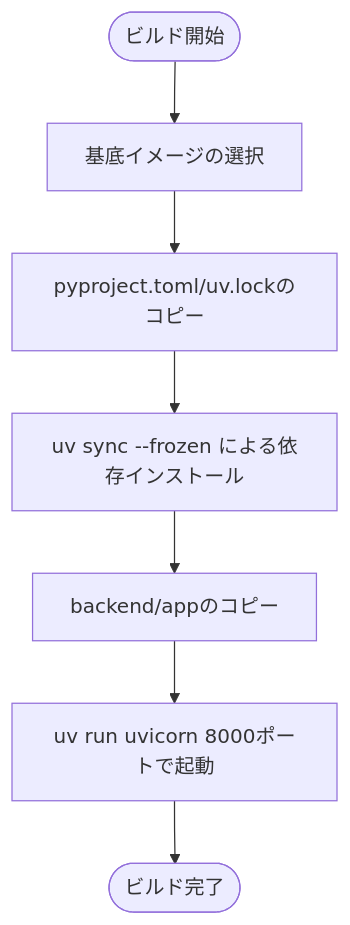
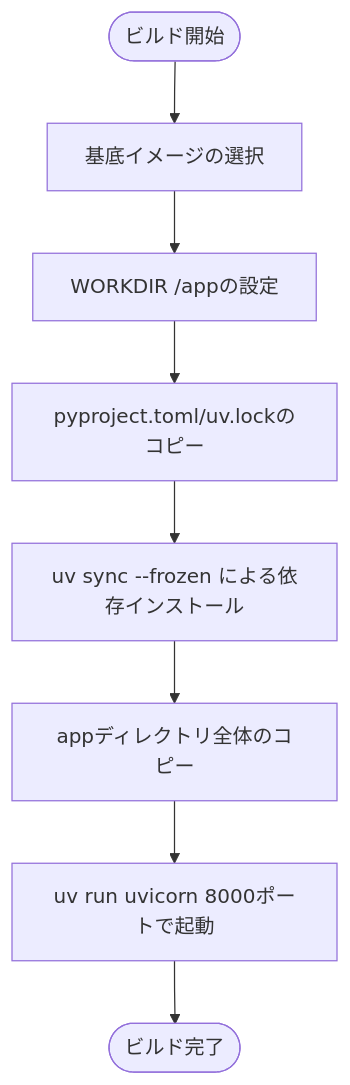
One commit to ss8806/Todos changed the third of 7 diagrams in .qoder/repowiki/ja/content/デプロイメントガイド/Dockerコンテナ化.md. Above: the diagram before and after it, drawn with Mermaid. The commit also changed other lines of this file and 9 other files, not shown here.

````diff
--- a/.qoder/repowiki/ja/content/デプロイメントガイド/Dockerコンテナ化.md
+++ b/.qoder/repowiki/ja/content/デプロイメントガイド/Dockerコンテナ化.md
@@ -138,9 +149,10 @@
 ```mermaid
 flowchart TD
 Start(["ビルド開始"]) --> Base["基底イメージの選択"]
-Base --> CopyLock["pyproject.toml/uv.lockのコピー"]
+Base --> WorkDir["WORKDIR /appの設定"]
+WorkDir --> CopyLock["pyproject.toml/uv.lockのコピー"]
 CopyLock --> Sync["uv sync --frozen による依存インストール"]
-Sync --> CopyApp["backend/appのコピー"]
+Sync --> CopyApp["appディレクトリ全体のコピー"]
 CopyApp --> CMD["uv run uvicorn 8000ポートで起動"]
 CMD --> End(["ビルド完了"])
 ```
````
